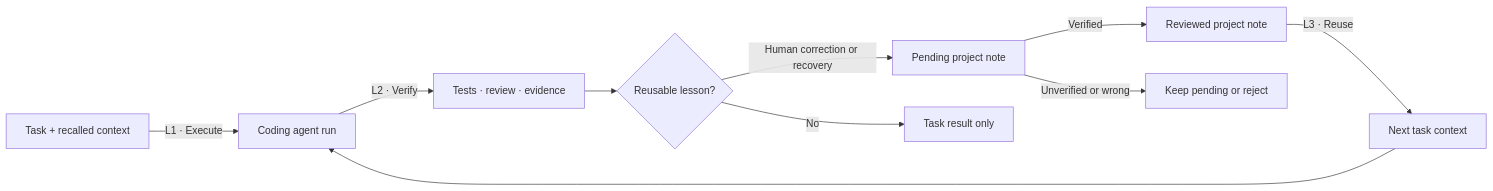
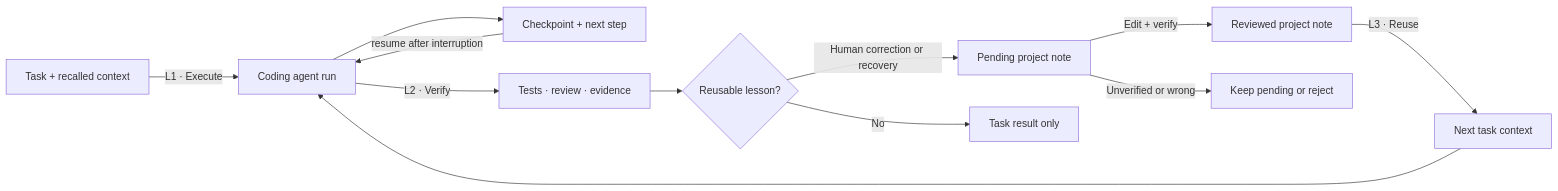
Before and after one commit to MoonTseng/RunEngram: the first of 2 diagrams in README.md, drawn with Mermaid. The commit also changed other lines of this file and 43 other files, not shown here.

````diff
--- a/README.md
+++ b/README.md
@@ -56,12 +62,14 @@
 ```mermaid
 flowchart LR
     A["Task + recalled context"] -->|"L1 · Execute"| B["Coding agent run"]
+    B --> C0["Checkpoint + next step"]
+    C0 -->|"resume after interruption"| B
     B -->|"L2 · Verify"| C["Tests · review · evidence"]
     C --> D{"Reusable lesson?"}
     D -->|"Human correction or recovery"| E["Pending project note"]
     D -->|"No"| H["Task result only"]
-    E -->|"Verified"| F["Reviewed project note"]
+    E -->|"Edit + verify"| F["Reviewed project note"]
     E -->|"Unverified or wrong"| G["Keep pending or reject"]
     F -->|"L3 · Reuse"| I["Next task context"]
     I --> B
 ```
````
